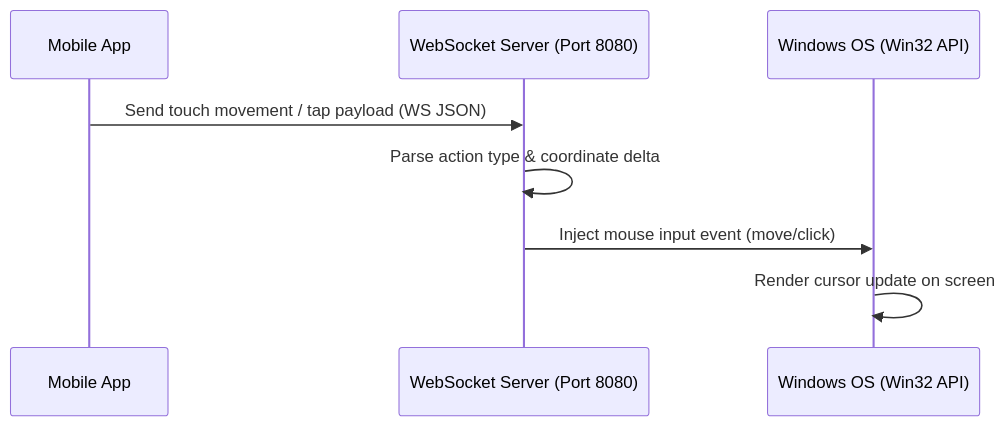
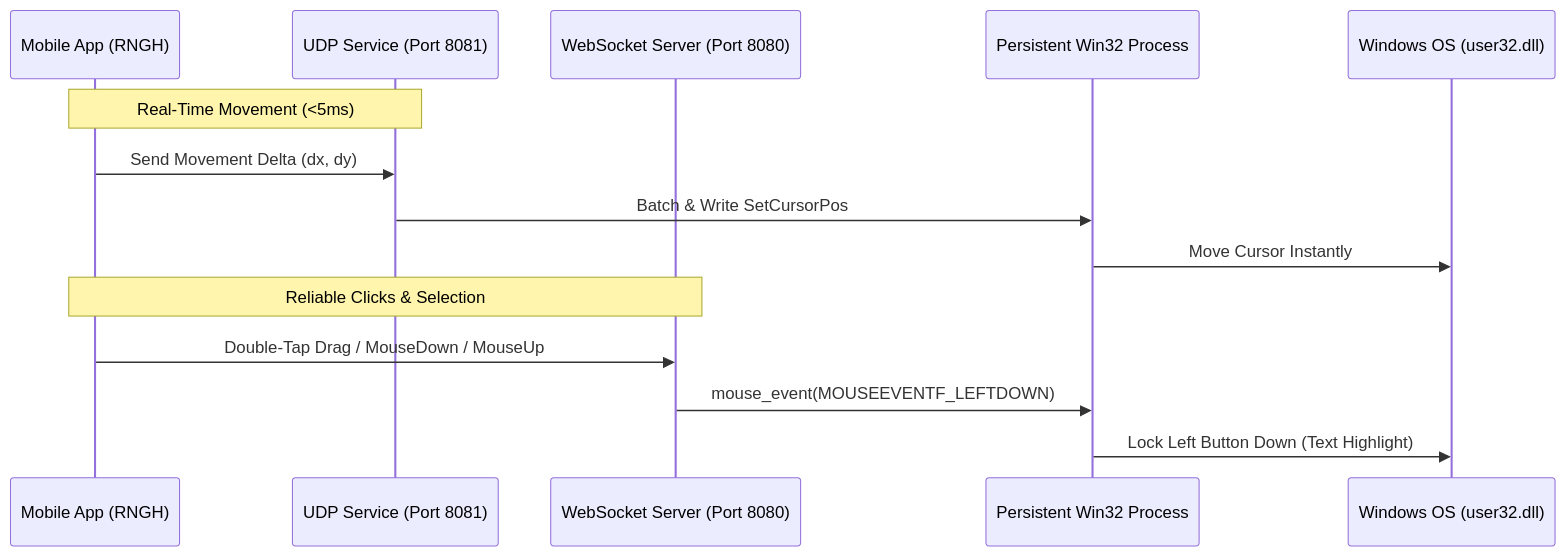
Before and after one commit to baaghinitesh/Nexora-desktop-release: the diagram in docs/touchpad.md, drawn with Mermaid. The commit also changed other lines of this file and 5 other files, not shown here.

````diff
--- a/docs/touchpad.md
+++ b/docs/touchpad.md
@@ -9,11 +9,18 @@
 ```mermaid
 sequenceDiagram
-    participant Mobile as Mobile App
-    participant Server as WebSocket Server (Port 8080)
-    participant OS as Windows OS (Win32 API)
+    participant Mobile as Mobile App (RNGH)
+    participant UDP as UDP Service (Port 8081)
+    participant WS as WebSocket Server (Port 8080)
+    participant PS as Persistent Win32 Process
+    participant OS as Windows OS (user32.dll)
 
-    Mobile->>Server: Send touch movement / tap payload (WS JSON)
-    Server->>Server: Parse action type & coordinate delta
-    Server->>OS: Inject mouse input event (move/click)
-    OS->>OS: Render cursor update on screen
+    Note over Mobile,UDP: Real-Time Movement (<5ms)
+    Mobile->>UDP: Send Movement Delta (dx, dy)
+    UDP->>PS: Batch & Write SetCursorPos
+    PS->>OS: Move Cursor Instantly
+
+    Note over Mobile,WS: Reliable Clicks & Selection
+    Mobile->>WS: Double-Tap Drag / MouseDown / MouseUp
+    WS->>PS: mouse_event(MOUSEEVENTF_LEFTDOWN)
+    PS->>OS: Lock Left Button Down (Text Highlight)
 ```
````
